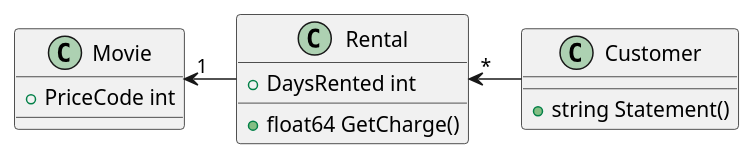
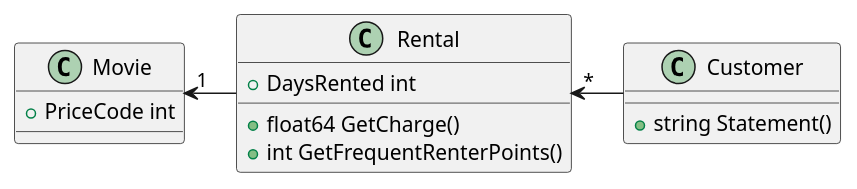
The diagram in VideoStore/diagram/class.puml (LiuPai/refactoring), drawn with PlantUML before and after one commit. The commit also changed 3 other files, not shown here.

```diff
--- a/VideoStore/diagram/class.puml
+++ b/VideoStore/diagram/class.puml
@@ -1,12 +1,13 @@
 class Movie {
 + PriceCode int
 }
 class Rental {
 + DaysRented int
 + float64 GetCharge()
++ int GetFrequentRenterPoints()
 }
 class Customer {
 + string Statement()
 }
 Customer -l-> "*" Rental
 Rental -l-> "1" Movie
```
